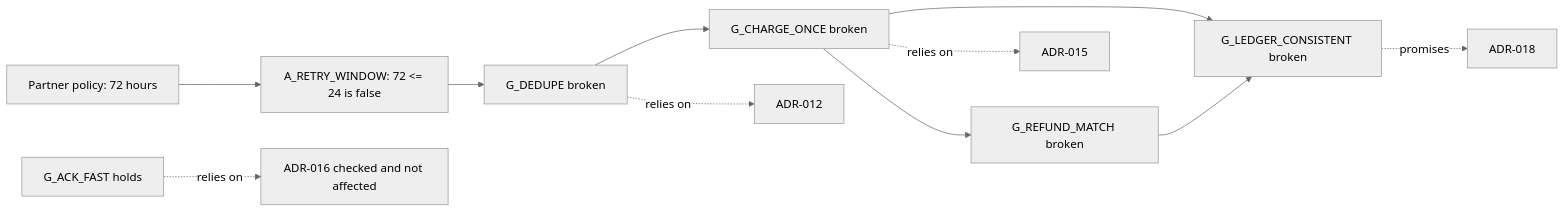
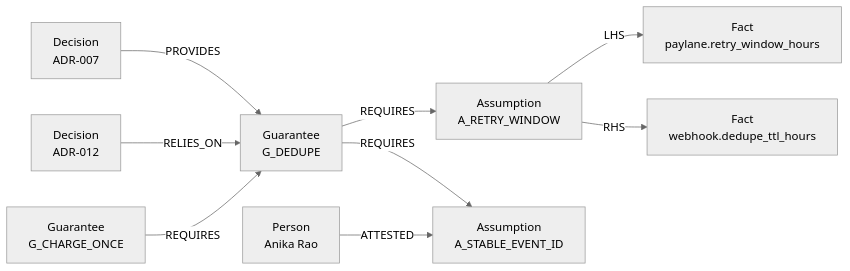
Before and after one commit to Razeefshaik/Premise: the first of 4 diagrams in README.md, drawn with Mermaid (neutral theme). The commit also changed other lines of this file and 10 other files, not shown here.

First line of the commit message:
docs: judge facing README with screenshots, real PR timeline and benchmark chart

````diff
--- a/README.md
+++ b/README.md
@@ -104,13 +121,11 @@
 ```mermaid
 flowchart LR
-  F[Partner policy: 72 hours] --> A[A_RETRY_WINDOW: 72 <= 24 is false]
-  A --> D[G_DEDUPE broken]
-  D --> C[G_CHARGE_ONCE broken]
-  C --> R[G_REFUND_MATCH broken]
-  C --> L[G_LEDGER_CONSISTENT broken]
-  R --> L
-  D -. relies on .-> ADR12[ADR-012]
-  C -. relies on .-> ADR15[ADR-015]
-  L -. promises .-> ADR18[ADR-018]
-  ACK[G_ACK_FAST holds] -. relies on .-> ADR16[ADR-016 checked and not affected]
+  D[Decision<br/>ADR-007] -- PROVIDES --> G1[Guarantee<br/>G_DEDUPE]
+  D2[Decision<br/>ADR-012] -- RELIES_ON --> G1
+  G2[Guarantee<br/>G_CHARGE_ONCE] -- REQUIRES --> G1
+  G1 -- REQUIRES --> A[Assumption<br/>A_RETRY_WINDOW]
+  A -- LHS --> F1[Fact<br/>paylane.retry_window_hours]
+  A -- RHS --> F2[Fact<br/>webhook.dedupe_ttl_hours]
+  G1 -- REQUIRES --> A2[Assumption<br/>A_STABLE_EVENT_ID]
+  P[Person<br/>Anika Rao] -- ATTESTED --> A2
 ```
````
